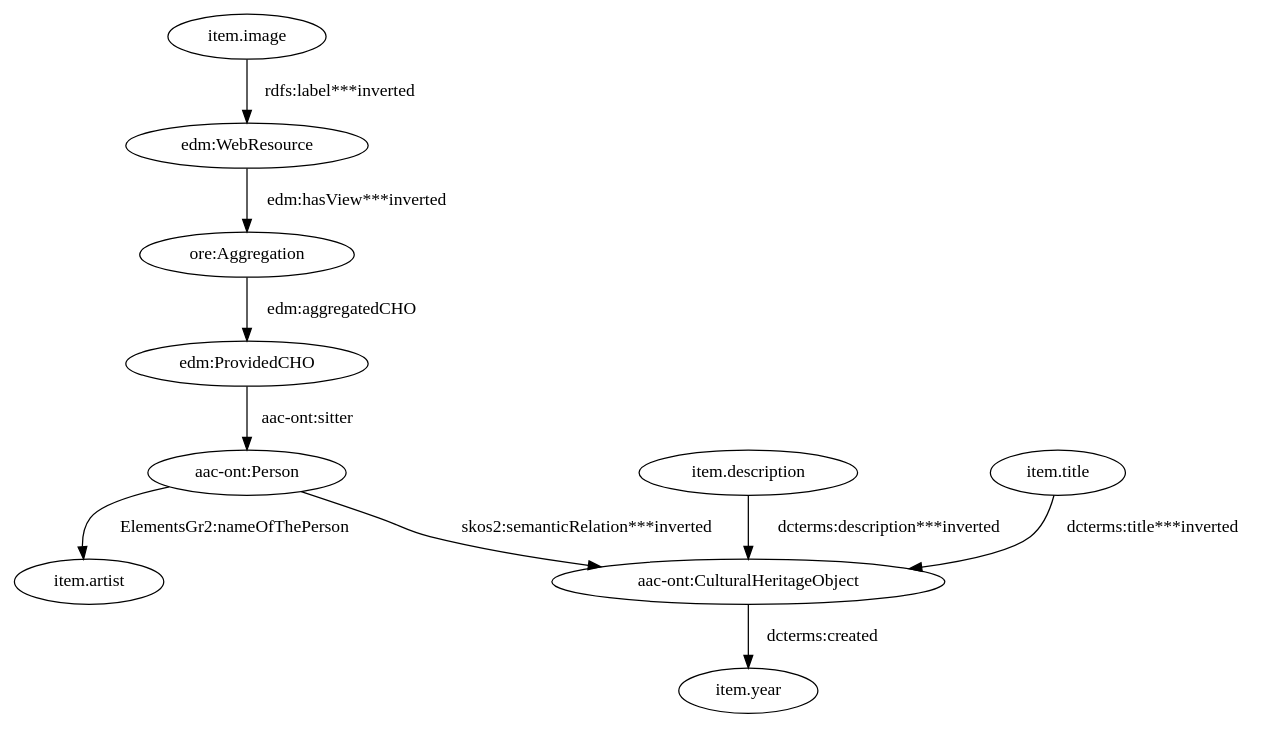
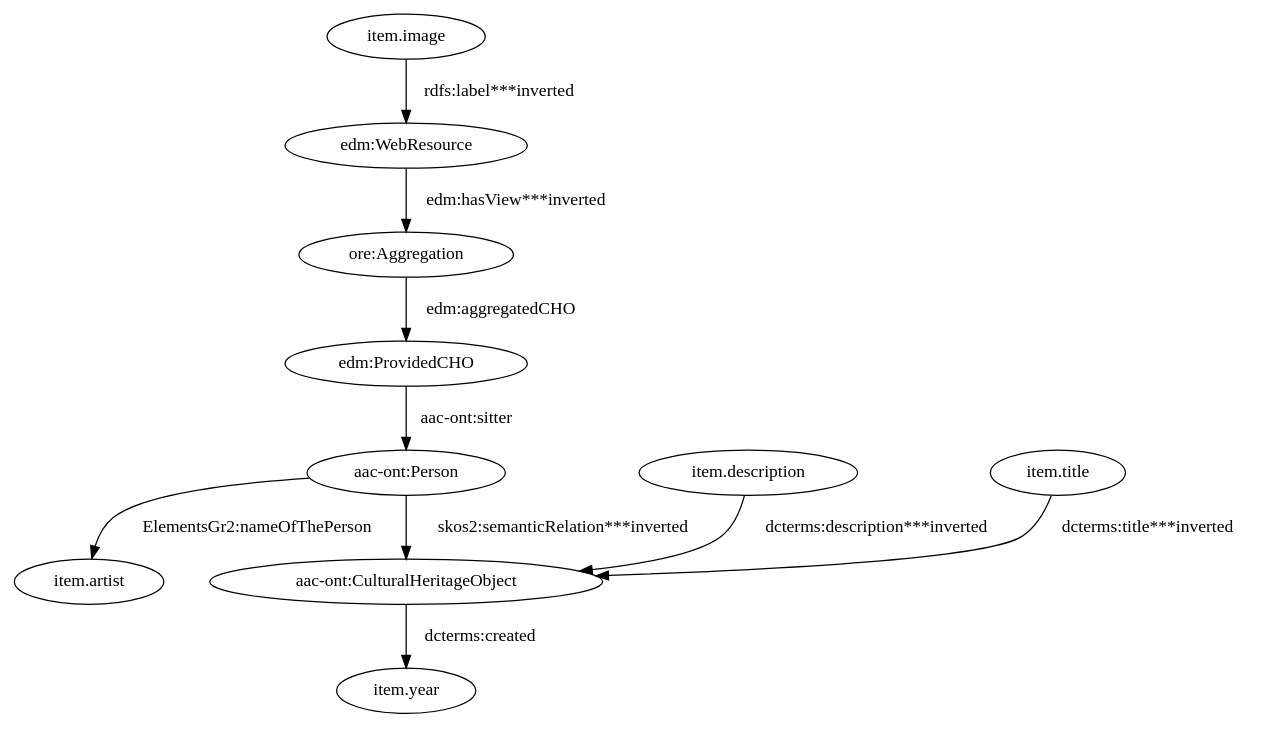
Before and after one commit to giuseppefutia/semi: the diagram in data/taheriyan2016/task_03/semantic_models/steiner/dot/s16-s-hammer.dot, drawn with Graphviz. The commit also changed 223 other files, not shown here.

```diff
--- a/data/taheriyan2016/task_03/semantic_models/steiner/dot/s16-s-hammer.dot
+++ b/data/taheriyan2016/task_03/semantic_models/steiner/dot/s16-s-hammer.dot
@@ -1,21 +1,21 @@
 digraph {
   "aac-ont:CulturalHeritageObject1" [type=class_uri,label="aac-ont:CulturalHeritageObject"]
   "item.year" [type=attribute_name,label="item.year"]
   "aac-ont:Person1" [type=class_uri,label="aac-ont:Person"]
   "item.artist" [type=attribute_name,label="item.artist"]
   "edm:ProvidedCHO" [type=class_uri,label="edm:ProvidedCHO"]
   "edm:WebResource1" [type=class_uri,label="edm:WebResource"]
   "ore:Aggregation" [type=class_uri,label="ore:Aggregation"]
   "item.description" [type=attribute_name,label="item.description"]
   "item.image" [type=attribute_name,label="item.image"]
   "item.title" [type=attribute_name,label="item.title"]
   "aac-ont:CulturalHeritageObject1" -> "item.year" [label="dcterms:created",type=st_property_uri]
-  "aac-ont:Person1" -> "aac-ont:CulturalHeritageObject1" [type=inherited,label="skos2:semanticRelation***inverted"]
+  "aac-ont:Person1" -> "aac-ont:CulturalHeritageObject1" [type=inherited,label="skos2:semanticRelation***inverted",weight=4]
   "aac-ont:Person1" -> "item.artist" [label="ElementsGr2:nameOfThePerson",type=st_property_uri]
-  "edm:ProvidedCHO" -> "aac-ont:Person1" [label="aac-ont:sitter",type=direct_property_uri]
-  "edm:WebResource1" -> "ore:Aggregation" [type=direct_property_uri,label="edm:hasView***inverted"]
-  "item.description" -> "aac-ont:CulturalHeritageObject1" [type=st_property_uri,label="dcterms:description***inverted"]
-  "item.image" -> "edm:WebResource1" [type=st_property_uri,label="rdfs:label***inverted"]
-  "item.title" -> "aac-ont:CulturalHeritageObject1" [type=st_property_uri,label="dcterms:title***inverted"]
-  "ore:Aggregation" -> "edm:ProvidedCHO" [label="edm:aggregatedCHO",type=direct_property_uri]
+  "edm:ProvidedCHO" -> "aac-ont:Person1" [label="aac-ont:sitter",type=direct_property_uri,weight=1]
+  "edm:WebResource1" -> "ore:Aggregation" [type=direct_property_uri,label="edm:hasView***inverted",weight=1]
+  "item.description" -> "aac-ont:CulturalHeritageObject1" [type=st_property_uri,label="dcterms:description***inverted",weight=1]
+  "item.image" -> "edm:WebResource1" [type=st_property_uri,label="rdfs:label***inverted",weight=1]
+  "item.title" -> "aac-ont:CulturalHeritageObject1" [type=st_property_uri,label="dcterms:title***inverted",weight=1]
+  "ore:Aggregation" -> "edm:ProvidedCHO" [label="edm:aggregatedCHO",type=direct_property_uri,weight=1]
 }
```
